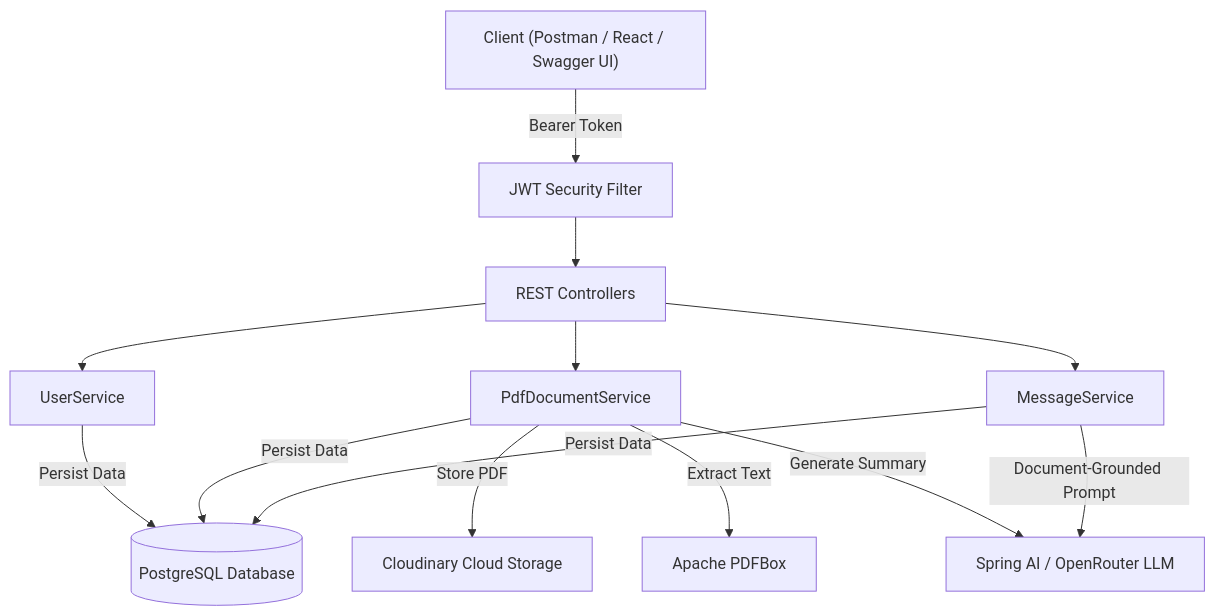
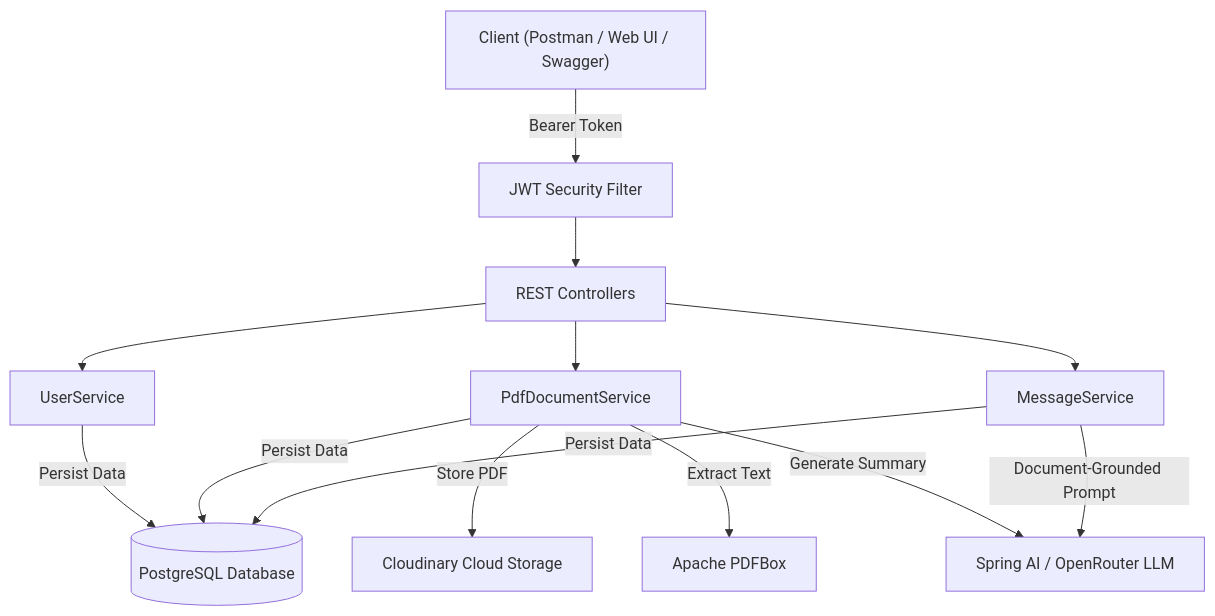
The diagram in SecondBrain/README.md (Shivansh1211/SecondBrain), drawn with Mermaid before and after one commit. The commit also changed other lines of this file and 1 other file, not shown here.

````diff
--- a/SecondBrain/README.md
+++ b/SecondBrain/README.md
@@ -34,17 +49,17 @@
 ```mermaid
 flowchart TD
-    Client["Client (Postman / React / Swagger UI)"] -->|Bearer Token| Auth["JWT Security Filter"]
+    Client["Client (Postman / Web UI / Swagger)"] -->|Bearer Token| Auth["JWT Security Filter"]
     Auth --> Controllers["REST Controllers"]
     
     Controllers --> UserService["UserService"]
     Controllers --> PdfService["PdfDocumentService"]
     Controllers --> MessageService["MessageService"]
     
     PdfService -->|Store PDF| Cloudinary["Cloudinary Cloud Storage"]
     PdfService -->|Extract Text| PDFBox["Apache PDFBox"]
     PdfService -->|Generate Summary| SpringAI["Spring AI / OpenRouter LLM"]
     
     MessageService -->|Document-Grounded Prompt| SpringAI
     
     UserService & PdfService & MessageService -->|Persist Data| DB[(PostgreSQL Database)]
 ```
````
